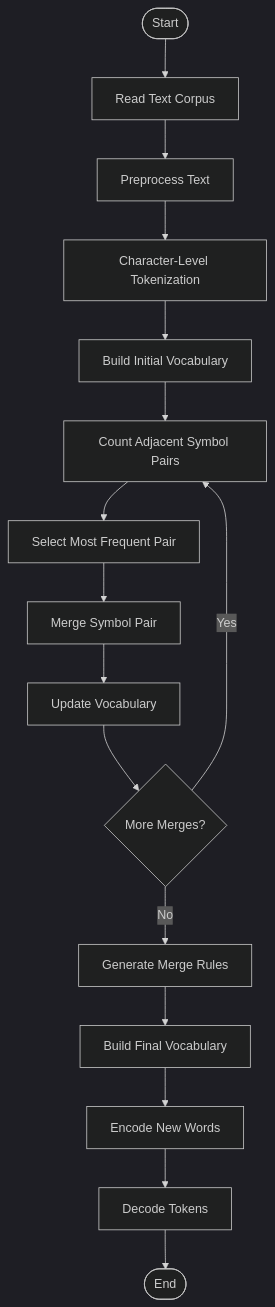
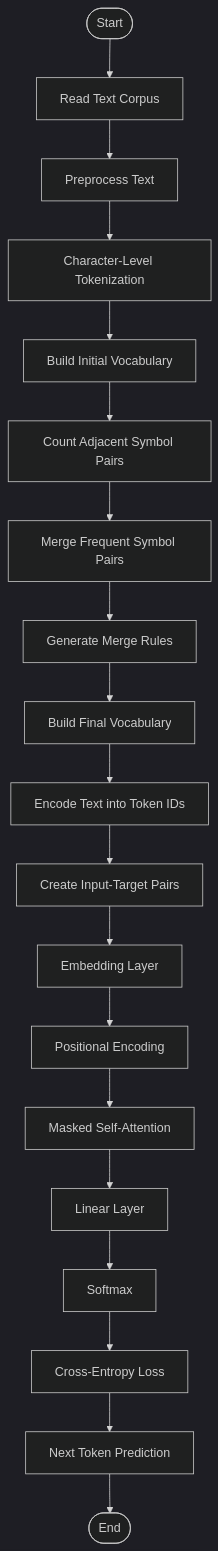
One commit to aswini1228/Byte-Pair-Encoding-Implementation changed the diagram in README.md. Above: the diagram before and after it, drawn with Mermaid (dark theme). The commit also changed other lines of this file, not shown here.

````diff
--- a/README.md
+++ b/README.md
@@ -29,18 +64,21 @@
 ```mermaid
 flowchart TD
     A([Start]) --> B[Read Text Corpus]
     B --> C[Preprocess Text]
     C --> D[Character-Level Tokenization]
     D --> E[Build Initial Vocabulary]
     E --> F[Count Adjacent Symbol Pairs]
-    F --> G[Select Most Frequent Pair]
-    G --> H[Merge Symbol Pair]
-    H --> I[Update Vocabulary]
-    I --> J{More Merges?}
-    J -- Yes --> F
-    J -- No --> K[Generate Merge Rules]
-    K --> L[Build Final Vocabulary]
-    L --> M[Encode New Words]
-    M --> N[Decode Tokens]
-    N --> O([End])
+    F --> G[Merge Frequent Symbol Pairs]
+    G --> H[Generate Merge Rules]
+    H --> I[Build Final Vocabulary]
+    I --> J[Encode Text into Token IDs]
+    J --> K[Create Input-Target Pairs]
+    K --> L[Embedding Layer]
+    L --> M[Positional Encoding]
+    M --> N[Masked Self-Attention]
+    N --> O[Linear Layer]
+    O --> P[Softmax]
+    P --> Q[Cross-Entropy Loss]
+    Q --> R[Next Token Prediction]
+    R --> S([End])
 ```
````
